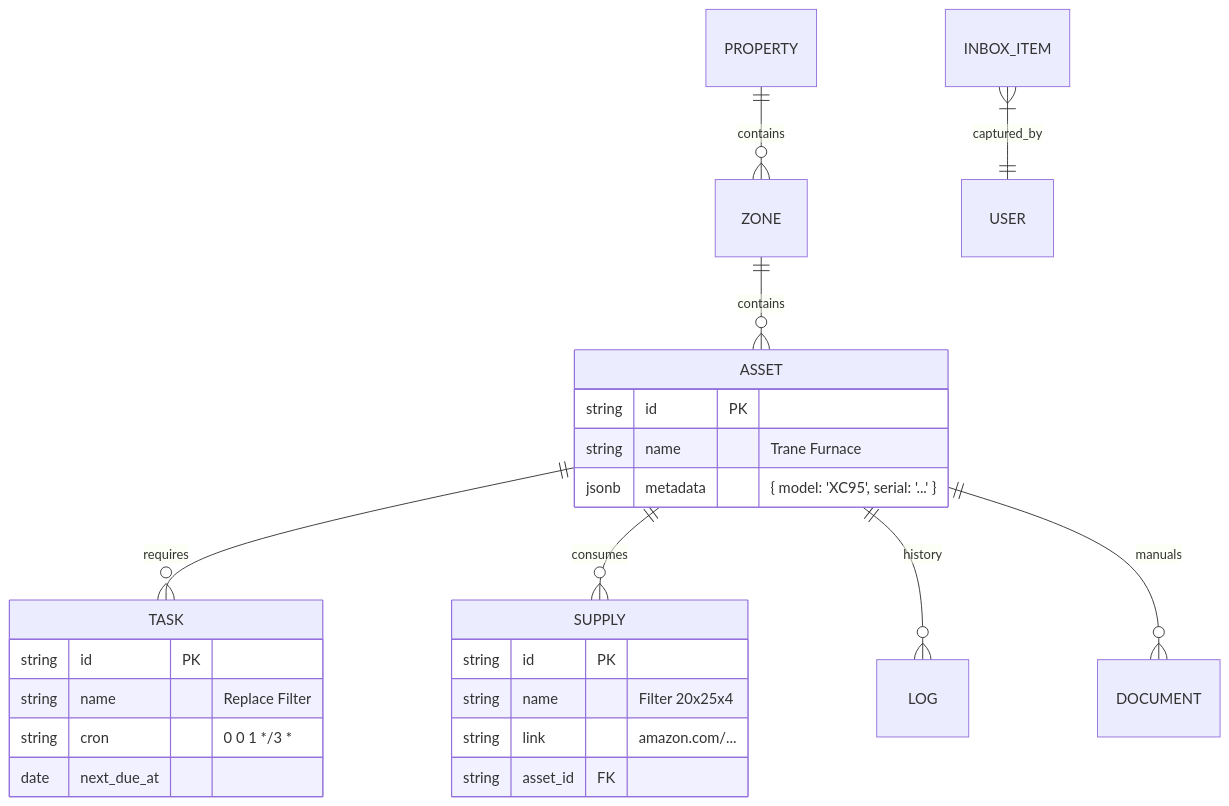
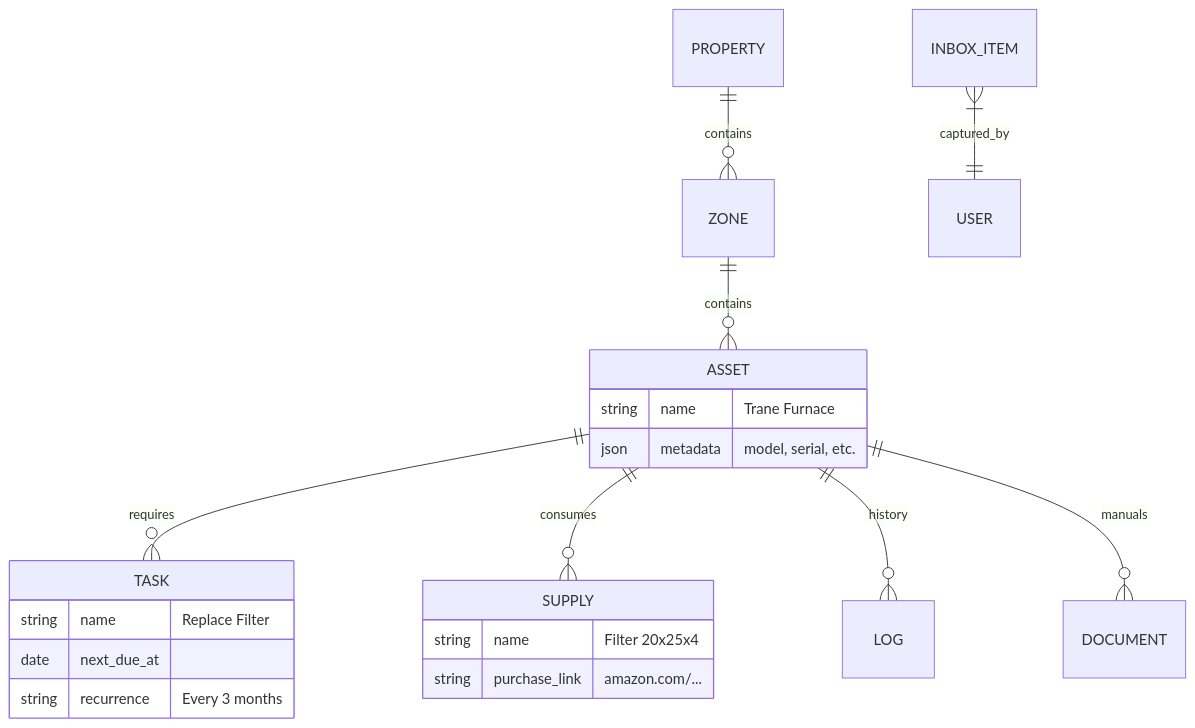
The fourth of 4 diagrams in docs/product-spec.md (abdihashii/haven), drawn with Mermaid before and after one commit. The commit also changed other lines of this file and 1 other file, not shown here.

Commit message:
docs: update architecture and product spec documents to reflect new system design, user flows, and technical stack changes

````diff
--- a/docs/product-spec.md
+++ b/docs/product-spec.md
@@ -103,32 +100,28 @@
 ```mermaid
 erDiagram
     PROPERTY ||--o{ ZONE : contains
     ZONE ||--o{ ASSET : contains
 
     ASSET ||--o{ TASK : requires
     ASSET ||--o{ SUPPLY : consumes
     ASSET ||--o{ LOG : history
     ASSET ||--o{ DOCUMENT : manuals
 
     INBOX_ITEM }|--|| USER : captured_by
 
     ASSET {
-        string id PK
         string name "Trane Furnace"
-        jsonb metadata "{ model: 'XC95', serial: '...' }"
+        json metadata "model, serial, etc."
     }
 
     SUPPLY {
-        string id PK
         string name "Filter 20x25x4"
-        string link "amazon.com/..."
-        string asset_id FK
+        string purchase_link "amazon.com/..."
     }
 
     TASK {
-        string id PK
         string name "Replace Filter"
-        string cron "0 0 1 */3 *"
         date next_due_at
+        string recurrence "Every 3 months"
     }
 ```
````
